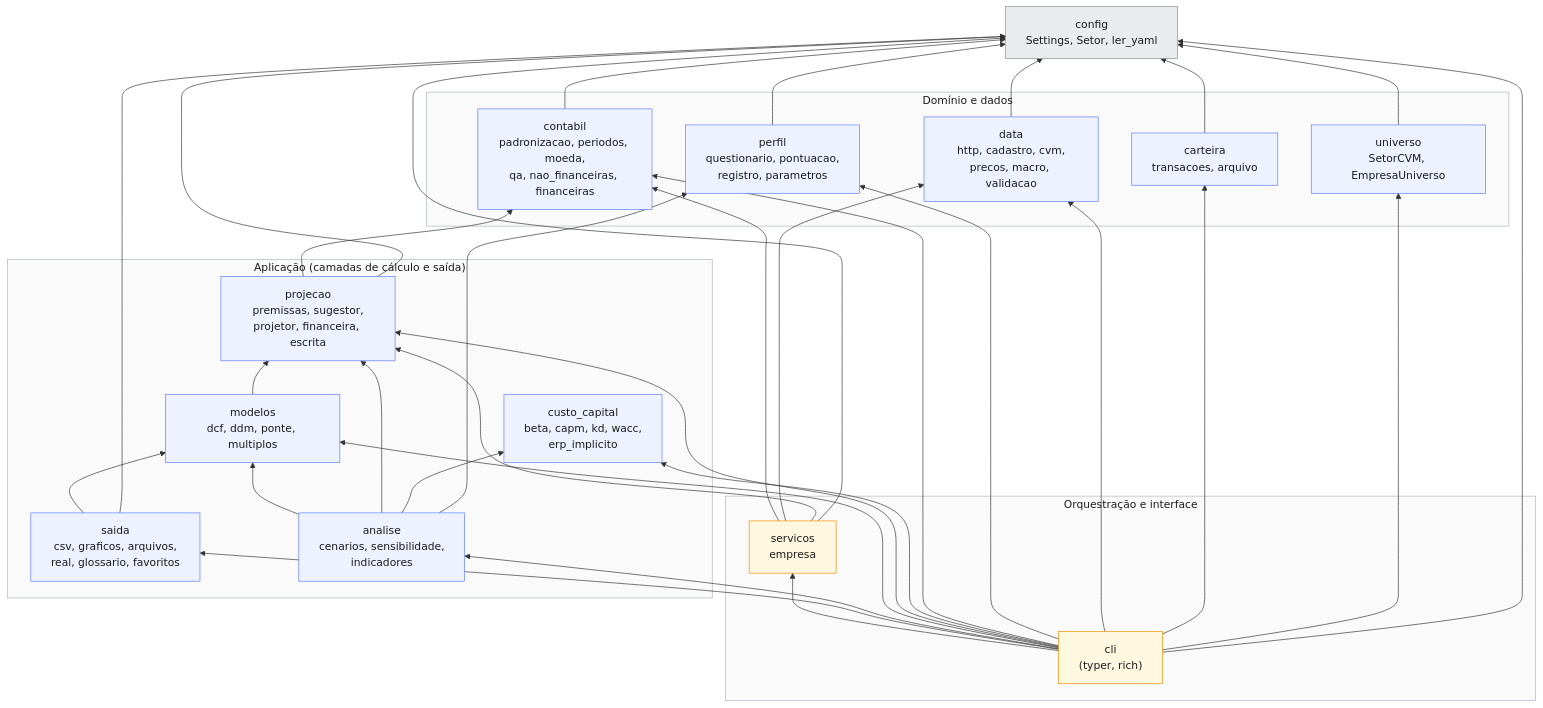
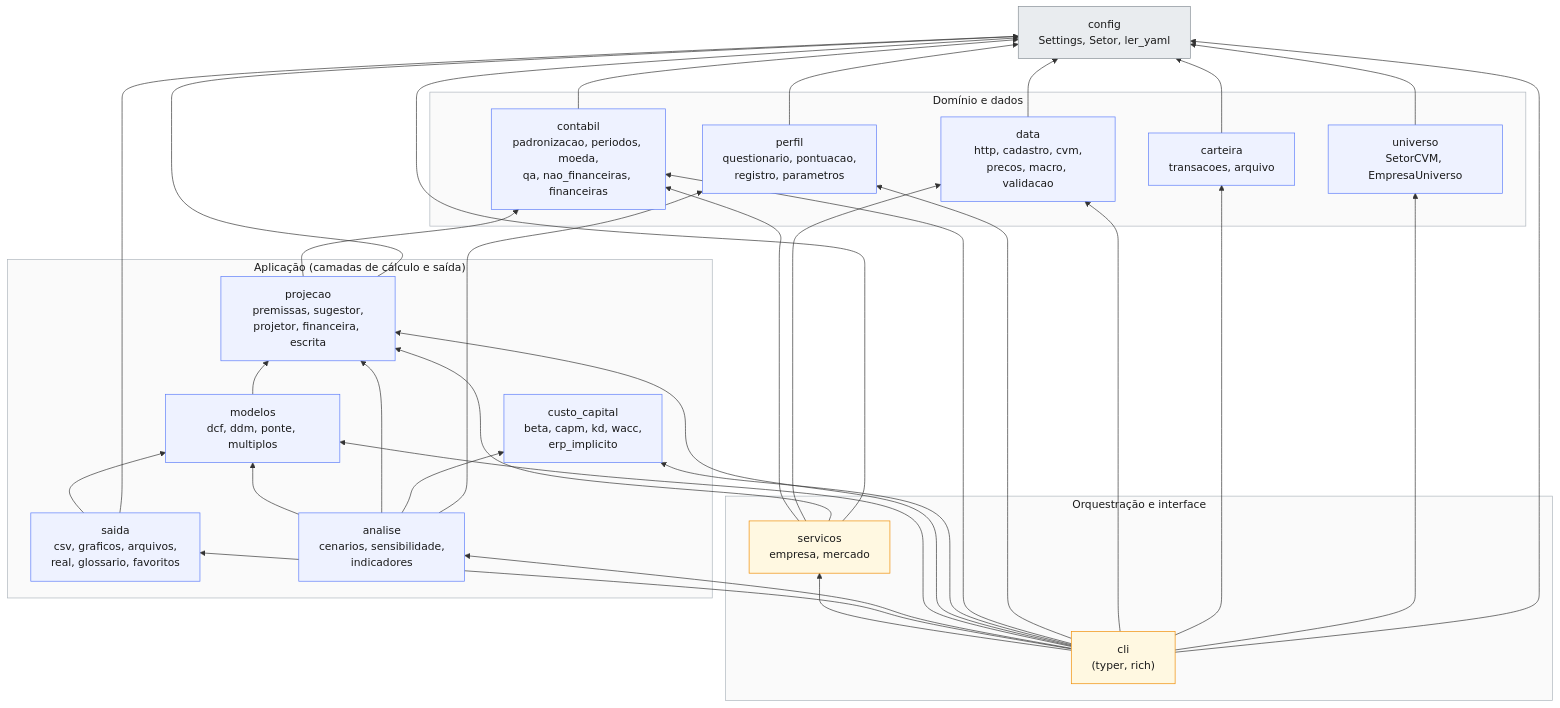
The first of 3 diagrams in docs/diagrama_arquitetura.md (luiz2801/lastro), drawn with Mermaid before and after one commit. The commit also changed 5 other files, not shown here.

First line of the commit message:
servicos: extrai preços, market cap e macro de cli.py (S1, mercado)

````diff
--- a/docs/diagrama_arquitetura.md
+++ b/docs/diagrama_arquitetura.md
@@ -11,48 +11,48 @@
 ```mermaid
 flowchart BT
     subgraph ORQ["Orquestração e interface"]
         cli["cli<br/>(typer, rich)"]
-        servicos["servicos<br/>empresa"]
+        servicos["servicos<br/>empresa, mercado"]
     end
 
     subgraph APL["Aplicação (camadas de cálculo e saída)"]
         saida["saida<br/>csv, graficos, arquivos,<br/>real, glossario, favoritos"]
         analise["analise<br/>cenarios, sensibilidade,<br/>indicadores"]
         modelos["modelos<br/>dcf, ddm, ponte, multiplos"]
         projecao["projecao<br/>premissas, sugestor,<br/>projetor, financeira, escrita"]
         custo["custo_capital<br/>beta, capm, kd, wacc,<br/>erp_implicito"]
     end
 
     subgraph DOM["Domínio e dados"]
         contabil["contabil<br/>padronizacao, periodos, moeda,<br/>qa, nao_financeiras, financeiras"]
         perfil["perfil<br/>questionario, pontuacao,<br/>registro, parametros"]
         data["data<br/>http, cadastro, cvm,<br/>precos, macro, validacao"]
         carteira["carteira<br/>transacoes, arquivo"]
         universo["universo<br/>SetorCVM, EmpresaUniverso"]
     end
 
     config["config<br/>Settings, Setor, ler_yaml"]
 
     cli --> servicos
     servicos --> contabil & data & projecao & config
     cli --> saida & analise & modelos & projecao & custo & contabil & perfil & data & carteira & universo & config
     analise --> modelos & projecao & custo & perfil
     saida --> modelos & config
     modelos --> projecao
     projecao --> contabil & config
     contabil --> config
     perfil --> config
     data --> config
     carteira --> config
     universo --> config
 
     classDef pacote fill:#eef2ff,stroke:#5c7cfa,color:#1a1a1a
     classDef base fill:#e9ecef,stroke:#868e96,color:#1a1a1a
     classDef topo fill:#fff8e1,stroke:#f08c00,color:#1a1a1a
     class saida,analise,modelos,projecao,custo,contabil,perfil,data,carteira,universo pacote
     class config base
     class cli,servicos topo
     style ORQ fill:#fafafa,stroke:#adb5bd,color:#1a1a1a
     style APL fill:#fafafa,stroke:#adb5bd,color:#1a1a1a
     style DOM fill:#fafafa,stroke:#adb5bd,color:#1a1a1a
 ```
````
